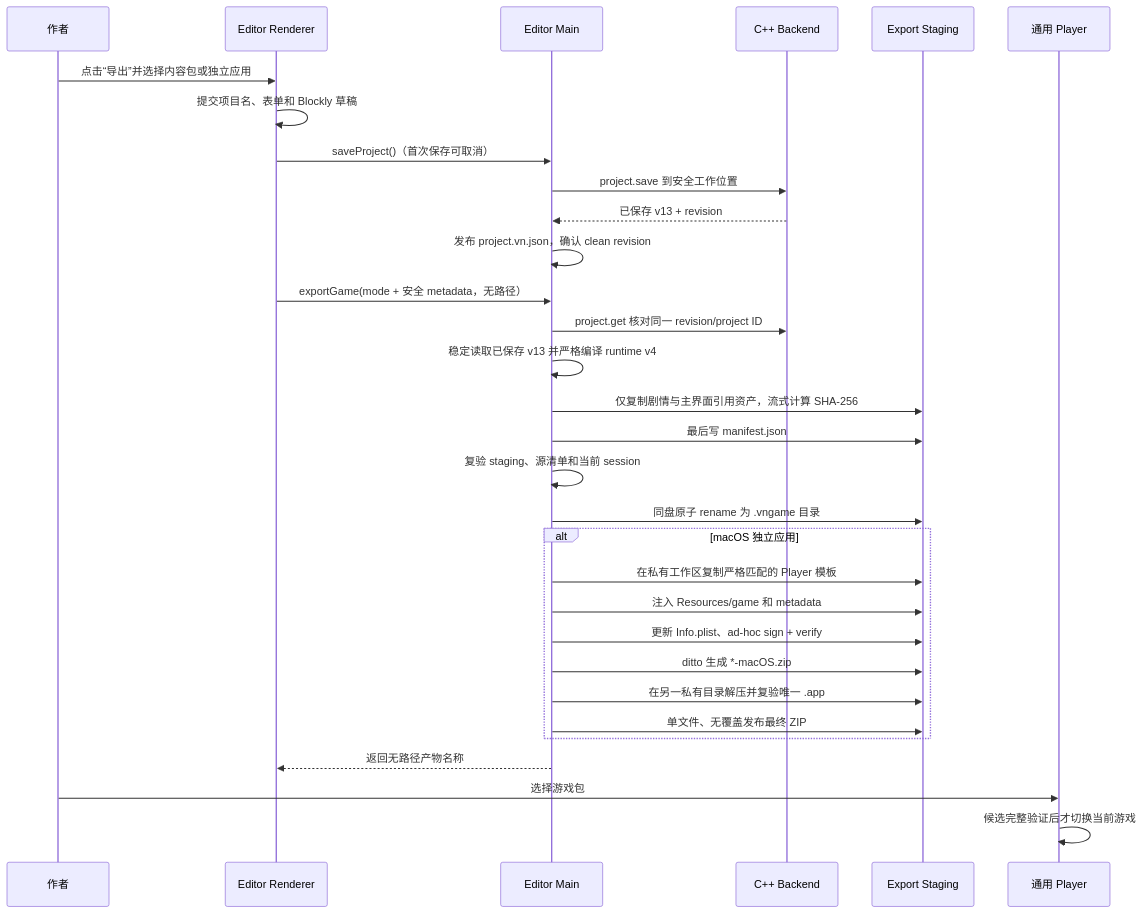
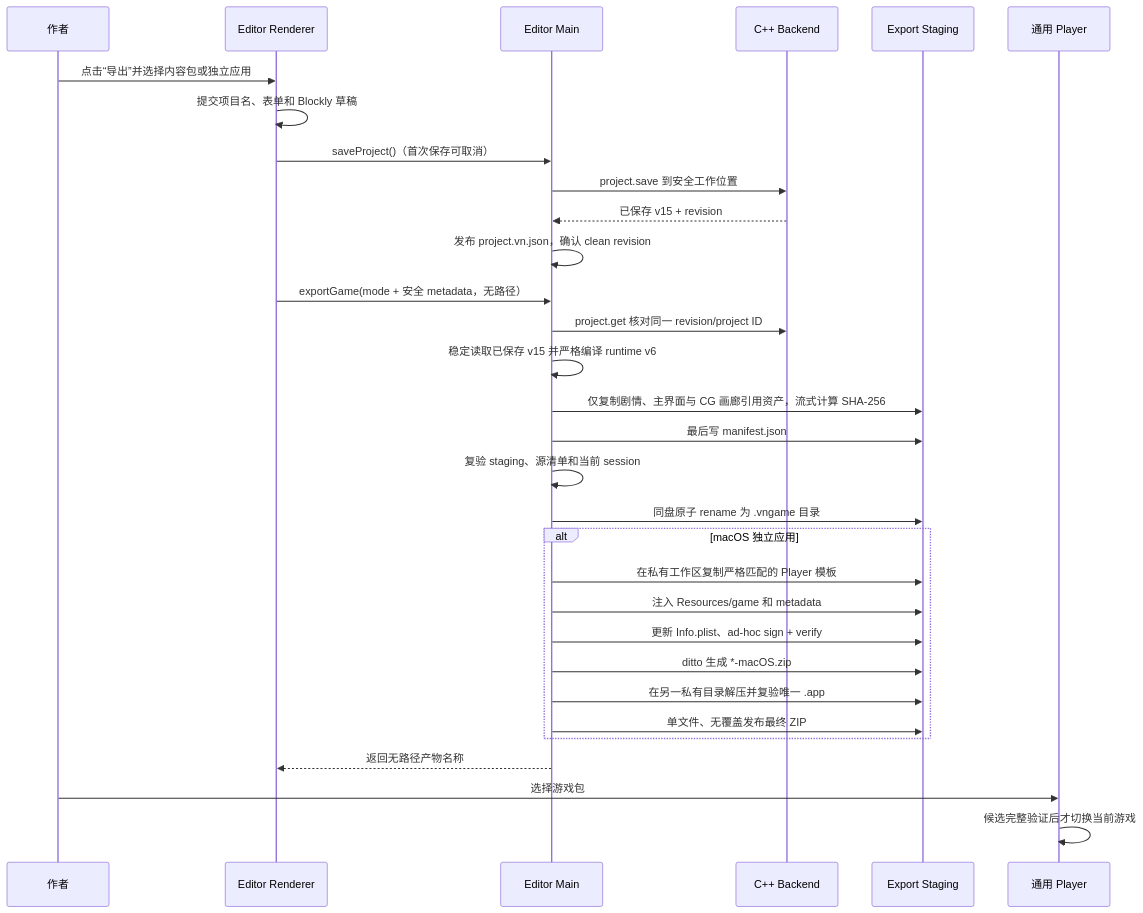
The second of 3 diagrams in docs/game-export-player.md (DarkboyRyan/Scratch-Novel-Engine), drawn with Mermaid before and after one commit. The commit also changed other lines of this file and 88 other files, not shown here.

````diff
--- a/docs/game-export-player.md
+++ b/docs/game-export-player.md
@@ -289,34 +323,34 @@
 ```mermaid
 sequenceDiagram
   participant User as 作者
   participant UI as Editor Renderer
   participant Main as Editor Main
   participant CPP as C++ Backend
   participant Stage as Export Staging
   participant Player as 通用 Player
 
   User->>UI: 点击“导出”并选择内容包或独立应用
   UI->>UI: 提交项目名、表单和 Blockly 草稿
   UI->>Main: saveProject()（首次保存可取消）
   Main->>CPP: project.save 到安全工作位置
-  CPP-->>Main: 已保存 v13 + revision
+  CPP-->>Main: 已保存 v15 + revision
   Main->>Main: 发布 project.vn.json，确认 clean revision
   UI->>Main: exportGame(mode + 安全 metadata，无路径）
   Main->>CPP: project.get 核对同一 revision/project ID
-  Main->>Main: 稳定读取已保存 v13 并严格编译 runtime v4
-  Main->>Stage: 仅复制剧情与主界面引用资产，流式计算 SHA-256
+  Main->>Main: 稳定读取已保存 v15 并严格编译 runtime v6
+  Main->>Stage: 仅复制剧情、主界面与 CG 画廊引用资产，流式计算 SHA-256
   Main->>Stage: 最后写 manifest.json
   Main->>Main: 复验 staging、源清单和当前 session
   Main->>Stage: 同盘原子 rename 为 .vngame 目录
   alt macOS 独立应用
     Main->>Stage: 在私有工作区复制严格匹配的 Player 模板
     Main->>Stage: 注入 Resources/game 和 metadata
     Main->>Stage: 更新 Info.plist、ad-hoc sign + verify
     Main->>Stage: ditto 生成 *-macOS.zip
     Main->>Stage: 在另一私有目录解压并复验唯一 .app
     Main->>Stage: 单文件、无覆盖发布最终 ZIP
   end
   Main-->>UI: 返回无路径产物名称
   User->>Player: 选择游戏包
   Player->>Player: 候选完整验证后才切换当前游戏
 ```
````
